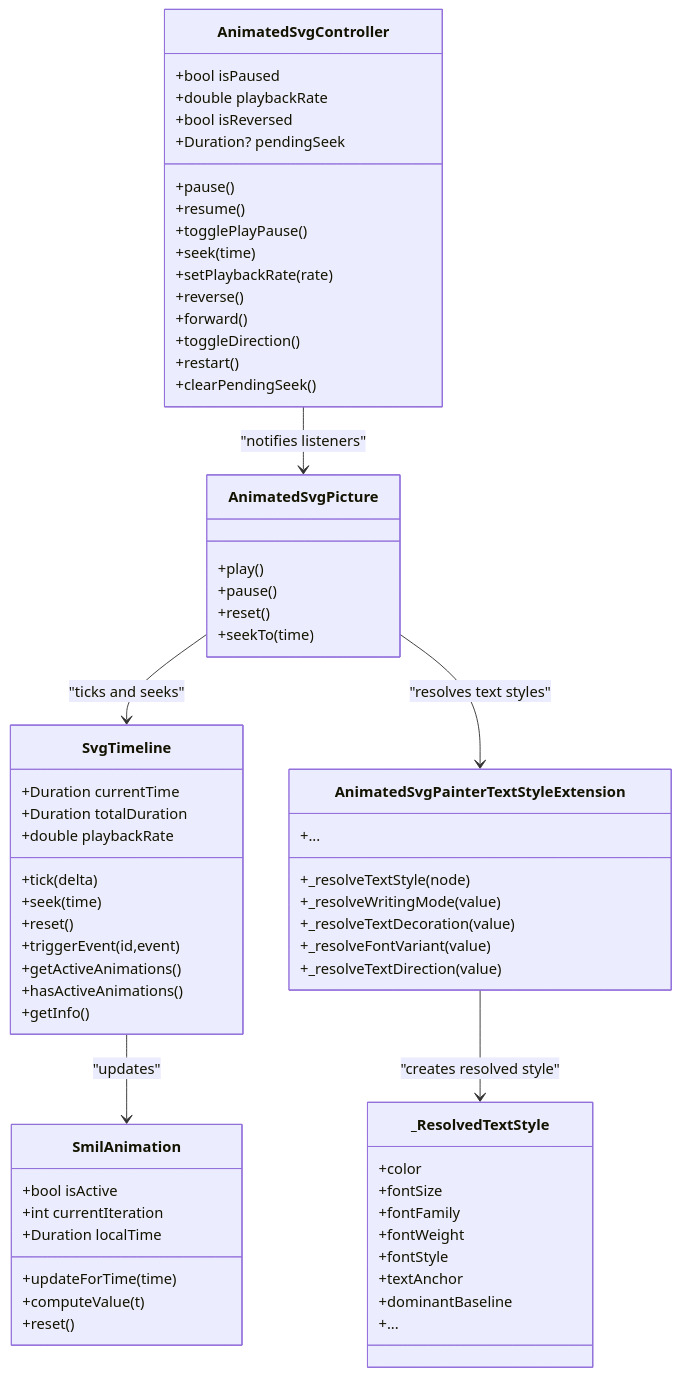
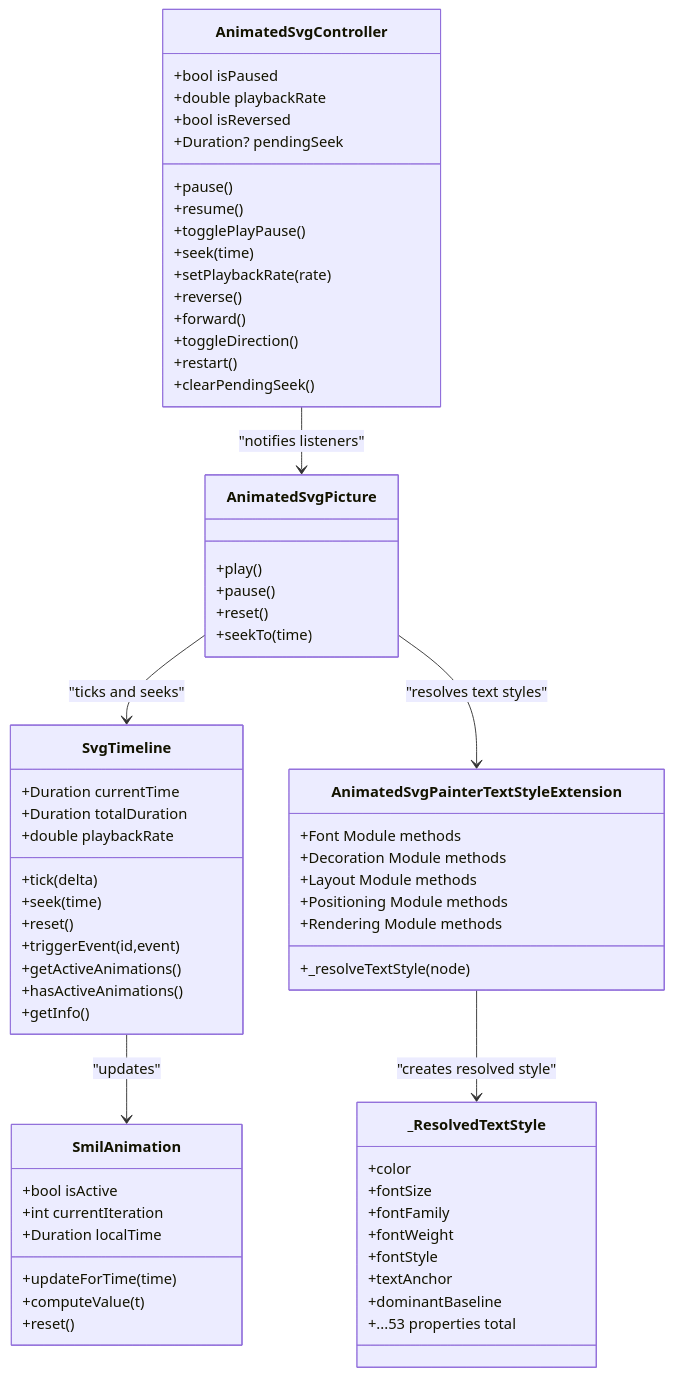
Before and after one commit to denisnadey/flutter_full_svg_support: the fourth of 4 diagrams in .qoder/repowiki/en/content/API Reference/Animation APIs.md, drawn with Mermaid. The commit also changed other lines of this file and 18 other files, not shown here.

````diff
--- a/.qoder/repowiki/en/content/API Reference/Animation APIs.md
+++ b/.qoder/repowiki/en/content/API Reference/Animation APIs.md
@@ -321,68 +352,68 @@
 ```mermaid
 classDiagram
 class AnimatedSvgController {
 +bool isPaused
 +double playbackRate
 +bool isReversed
 +Duration? pendingSeek
 +pause()
 +resume()
 +togglePlayPause()
 +seek(time)
 +setPlaybackRate(rate)
 +reverse()
 +forward()
 +toggleDirection()
 +restart()
 +clearPendingSeek()
 }
 class AnimatedSvgPicture {
 +play()
 +pause()
 +reset()
 +seekTo(time)
 }
 class SvgTimeline {
 +Duration currentTime
 +Duration totalDuration
 +double playbackRate
 +tick(delta)
 +seek(time)
 +reset()
 +triggerEvent(id,event)
 +getActiveAnimations()
 +hasActiveAnimations()
 +getInfo()
 }
 class SmilAnimation {
 +bool isActive
 +int currentIteration
 +Duration localTime
 +updateForTime(time)
 +computeValue(t)
 +reset()
 }
 class AnimatedSvgPainterTextStyleExtension {
 +_resolveTextStyle(node)
-+_resolveWritingMode(value)
-+_resolveTextDecoration(value)
-+_resolveFontVariant(value)
-+_resolveTextDirection(value)
-+...
++Font Module methods
++Decoration Module methods
++Layout Module methods
++Positioning Module methods
++Rendering Module methods
 }
 class _ResolvedTextStyle {
 +color
 +fontSize
 +fontFamily
 +fontWeight
 +fontStyle
 +textAnchor
 +dominantBaseline
-+...
++...53 properties total
 }
 AnimatedSvgController --> AnimatedSvgPicture : "notifies listeners"
 AnimatedSvgPicture --> SvgTimeline : "ticks and seeks"
 AnimatedSvgPicture --> AnimatedSvgPainterTextStyleExtension : "resolves text styles"
 AnimatedSvgPainterTextStyleExtension --> _ResolvedTextStyle : "creates resolved style"
 SvgTimeline --> SmilAnimation : "updates"
 ```
````
